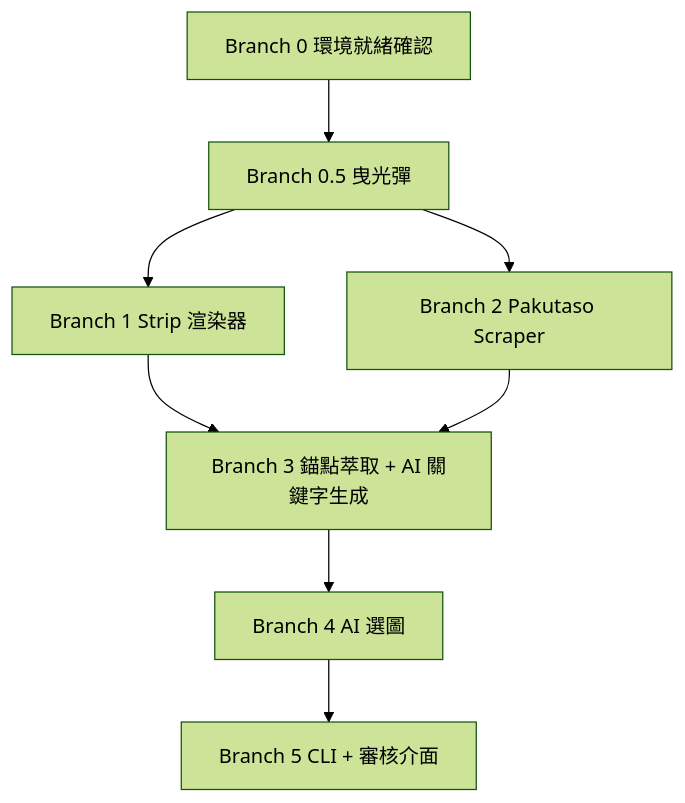
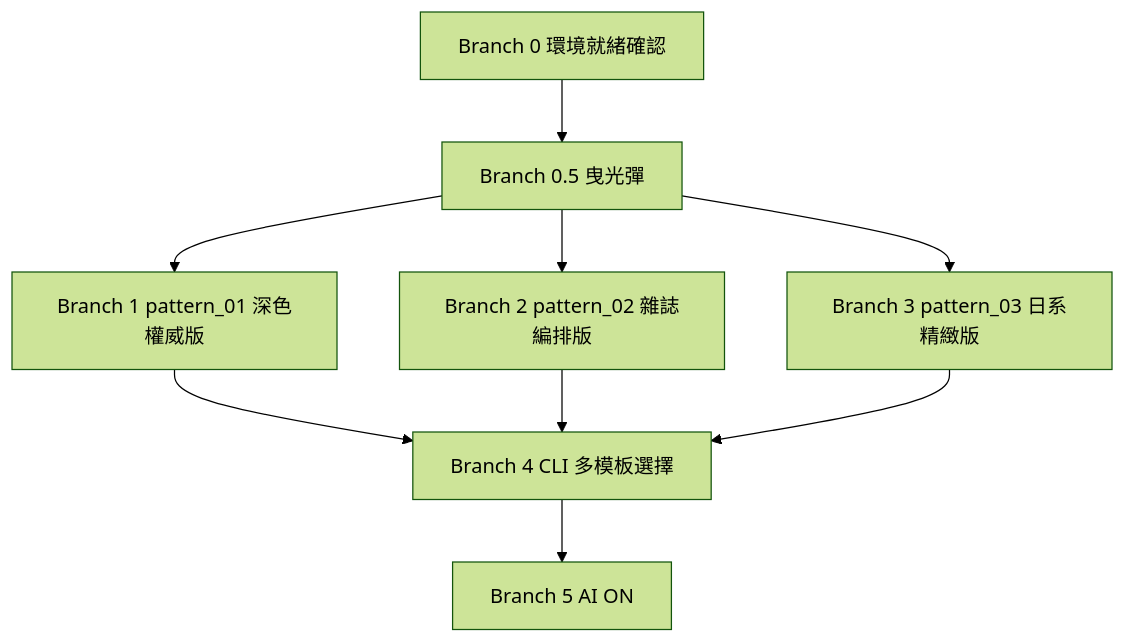
Before and after one commit to thehyyu/Katachi: the diagram in AGENTS.md, drawn with Mermaid (forest theme). The commit also changed other lines of this file, not shown here.

````diff
--- a/AGENTS.md
+++ b/AGENTS.md
@@ -132,10 +111,11 @@
 ```mermaid
 graph TD
     B0[Branch 0 環境就緒確認] --> B05[Branch 0.5 曳光彈]
-    B05 --> B1[Branch 1 Strip 渲染器]
-    B05 --> B2[Branch 2 Pakutaso Scraper]
-    B1 --> B3[Branch 3 錨點萃取 + AI 關鍵字生成]
-    B2 --> B3
-    B3 --> B4[Branch 4 AI 選圖]
-    B4 --> B5[Branch 5 CLI + 審核介面]
+    B05 --> B1[Branch 1 pattern_01 深色權威版]
+    B05 --> B2[Branch 2 pattern_02 雜誌編排版]
+    B05 --> B3[Branch 3 pattern_03 日系精緻版]
+    B1 --> B4[Branch 4 CLI 多模板選擇]
+    B2 --> B4
+    B3 --> B4
+    B4 --> B5[Branch 5 AI ON]
 ```
````
